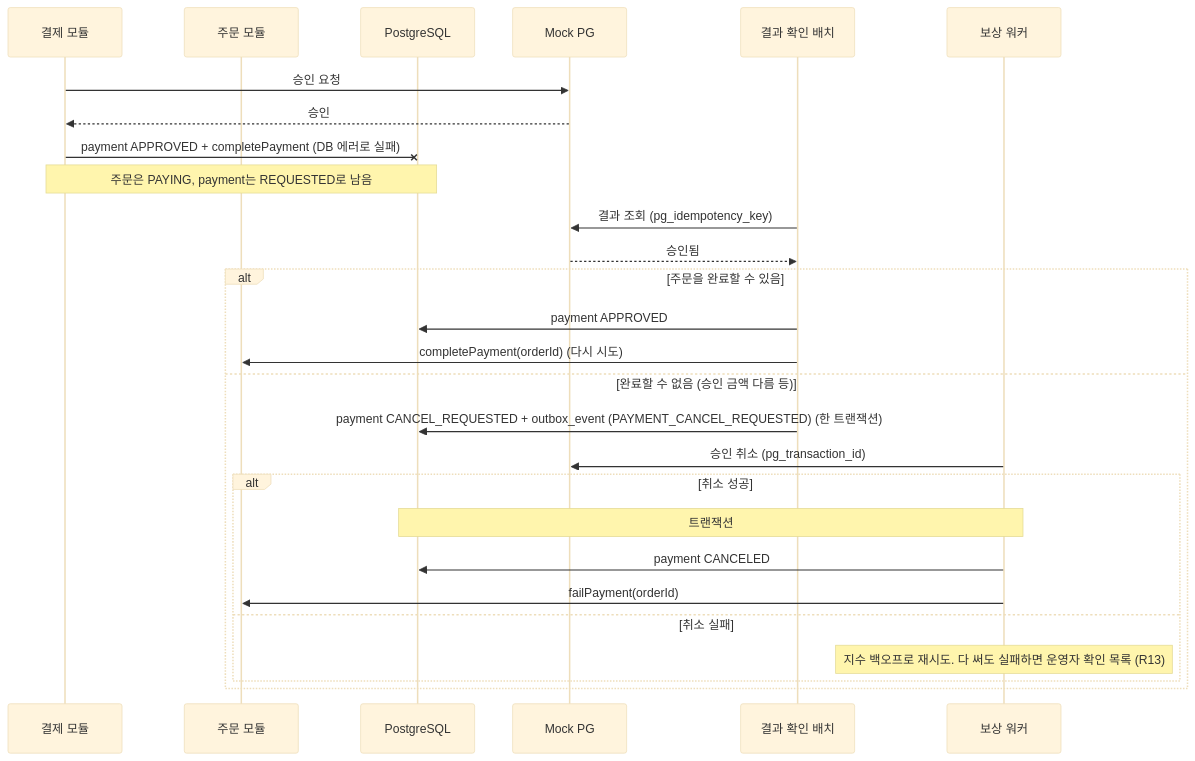
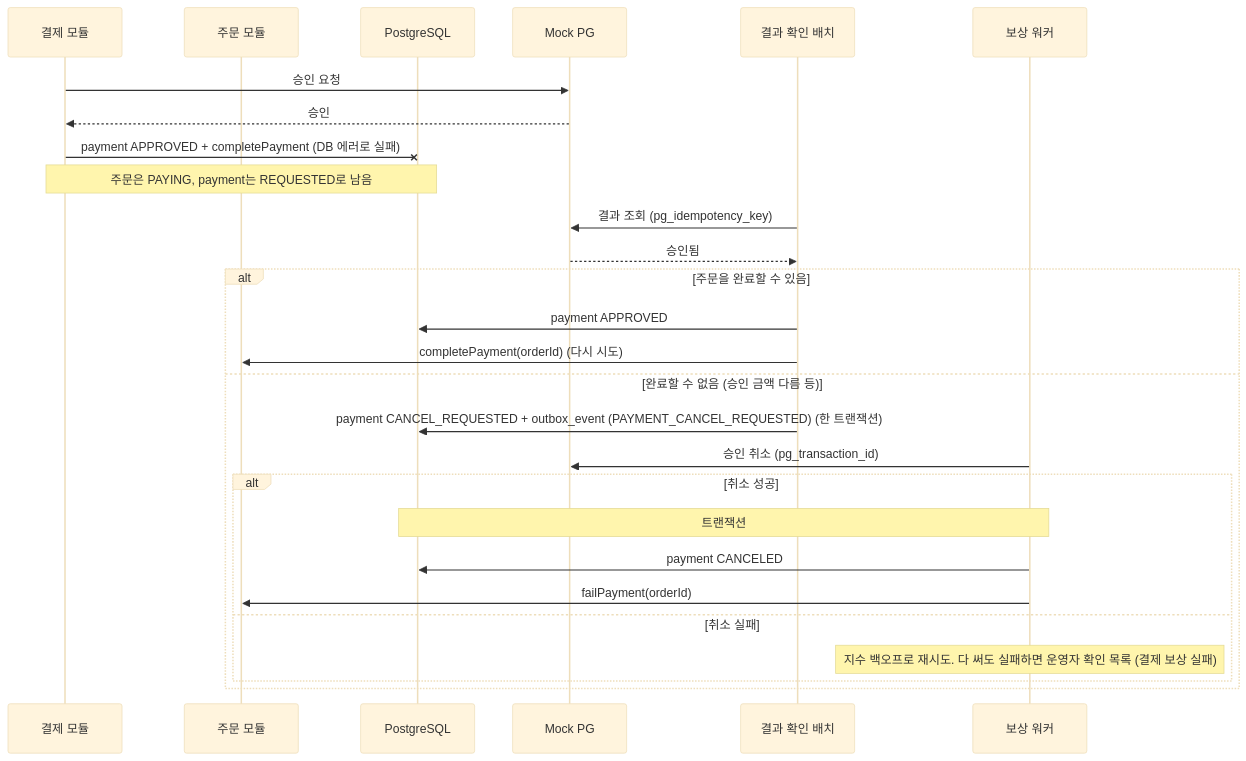
The fifth of 6 diagrams in docs/features/payment/flows.md (KAPUIST/flash-gate), drawn with Mermaid (base theme) before and after one commit. The commit also changed other lines of this file and 33 other files, not shown here.

````diff
--- a/docs/features/payment/flows.md
+++ b/docs/features/payment/flows.md
@@ -167,31 +167,31 @@
 ```mermaid
 sequenceDiagram
     participant A as 결제 모듈
     participant O as 주문 모듈
     participant D as PostgreSQL
     participant PG as Mock PG
     participant B as 결과 확인 배치
     participant W as 보상 워커
 
     A->>PG: 승인 요청
     PG-->>A: 승인
     A-xD: payment APPROVED + completePayment (DB 에러로 실패)
     Note over A,D: 주문은 PAYING, payment는 REQUESTED로 남음
 
     B->>PG: 결과 조회 (pg_idempotency_key)
     PG-->>B: 승인됨
     alt 주문을 완료할 수 있음
         B->>D: payment APPROVED
         B->>O: completePayment(orderId) (다시 시도)
     else 완료할 수 없음 (승인 금액 다름 등)
         B->>D: payment CANCEL_REQUESTED + outbox_event (PAYMENT_CANCEL_REQUESTED) (한 트랜잭션)
         W->>PG: 승인 취소 (pg_transaction_id)
         alt 취소 성공
             Note over W,D: 트랜잭션
             W->>D: payment CANCELED
             W->>O: failPayment(orderId)
         else 취소 실패
-            Note over W: 지수 백오프로 재시도. 다 써도 실패하면 운영자 확인 목록 (R13)
+            Note over W: 지수 백오프로 재시도. 다 써도 실패하면 운영자 확인 목록 (결제 보상 실패)
         end
     end
 ```
````
